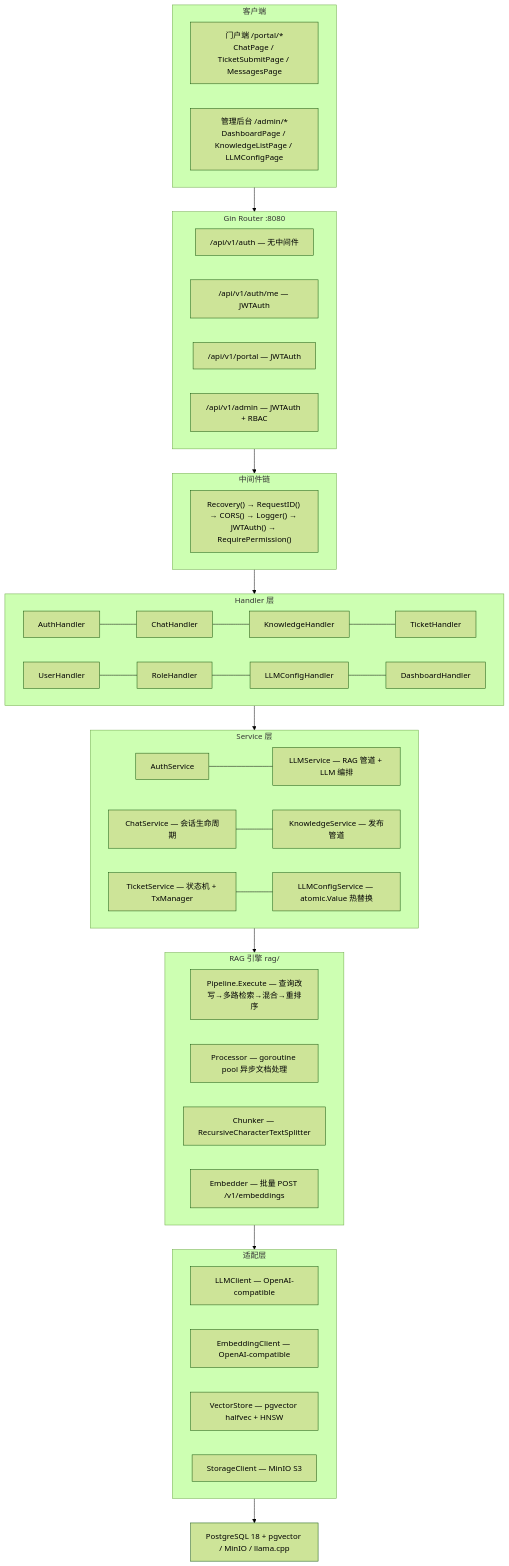
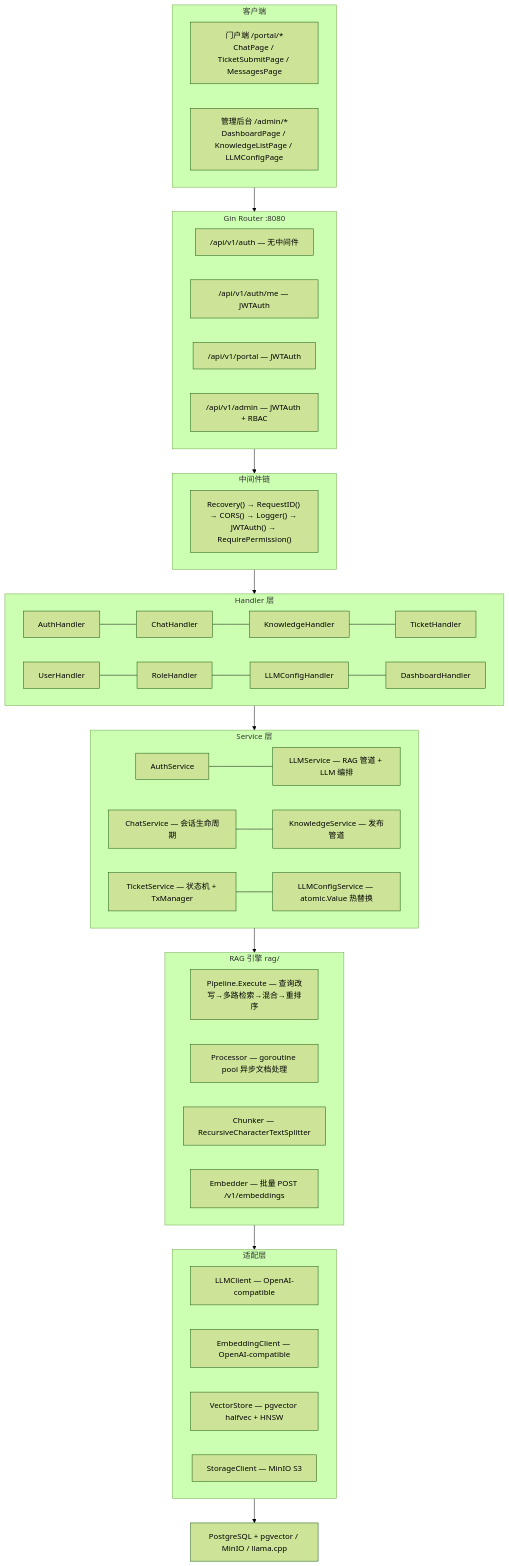
The first of 10 diagrams in docs/TECH.md (int2t05/Cognik), drawn with Mermaid (forest theme) before and after one commit. The commit also changed other lines of this file and 15 other files, not shown here.

````diff
--- a/docs/TECH.md
+++ b/docs/TECH.md
@@ -9,46 +9,46 @@
 ```mermaid
 flowchart TB
     subgraph Client["客户端"]
         Portal["门户端 /portal/*<br/>ChatPage / TicketSubmitPage / MessagesPage"]
         Admin["管理后台 /admin/*<br/>DashboardPage / KnowledgeListPage / LLMConfigPage"]
     end
 
     subgraph Router["Gin Router :8080"]
         Public["/api/v1/auth — 无中间件"]
         JWTGroup["/api/v1/auth/me — JWTAuth"]
         PortalGroup["/api/v1/portal — JWTAuth"]
         AdminGroup["/api/v1/admin — JWTAuth + RBAC"]
     end
 
     subgraph MW["中间件链"]
         Recovery["Recovery() → RequestID() → CORS() → Logger() → JWTAuth() → RequirePermission()"]
     end
 
     subgraph Handler["Handler 层"]
         AH["AuthHandler"] --- CH["ChatHandler"] --- KH["KnowledgeHandler"] --- TH["TicketHandler"]
         UH["UserHandler"] --- RH["RoleHandler"] --- LH["LLMConfigHandler"] --- DH["DashboardHandler"]
     end
 
     subgraph Service["Service 层"]
         AuthSvc["AuthService"] --- LLMSvc["LLMService — RAG 管道 + LLM 编排"]
         ChatSvc["ChatService — 会话生命周期"] --- KnowledgeSvc["KnowledgeService — 发布管道"]
         TicketSvc["TicketService — 状态机 + TxManager"] --- LLMCfgSvc["LLMConfigService — atomic.Value 热替换"]
     end
 
     subgraph RAG["RAG 引擎 rag/"]
         Pipeline["Pipeline.Execute — 查询改写→多路检索→混合→重排序"]
         Processor["Processor — goroutine pool 异步文档处理"]
         Chunker["Chunker — RecursiveCharacterTextSplitter"]
         Embedder["Embedder — 批量 POST /v1/embeddings"]
     end
 
     subgraph Adapter["适配层"]
         LLM["LLMClient — OpenAI-compatible"]
         EMB["EmbeddingClient — OpenAI-compatible"]
         VEC["VectorStore — pgvector halfvec + HNSW"]
         STO["StorageClient — MinIO S3"]
     end
 
     Client --> Router --> MW --> Handler --> Service --> RAG --> Adapter
-    Adapter --> Infra["PostgreSQL 18 + pgvector / MinIO / llama.cpp"]
+    Adapter --> Infra["PostgreSQL + pgvector / MinIO / llama.cpp"]
 ```
````
